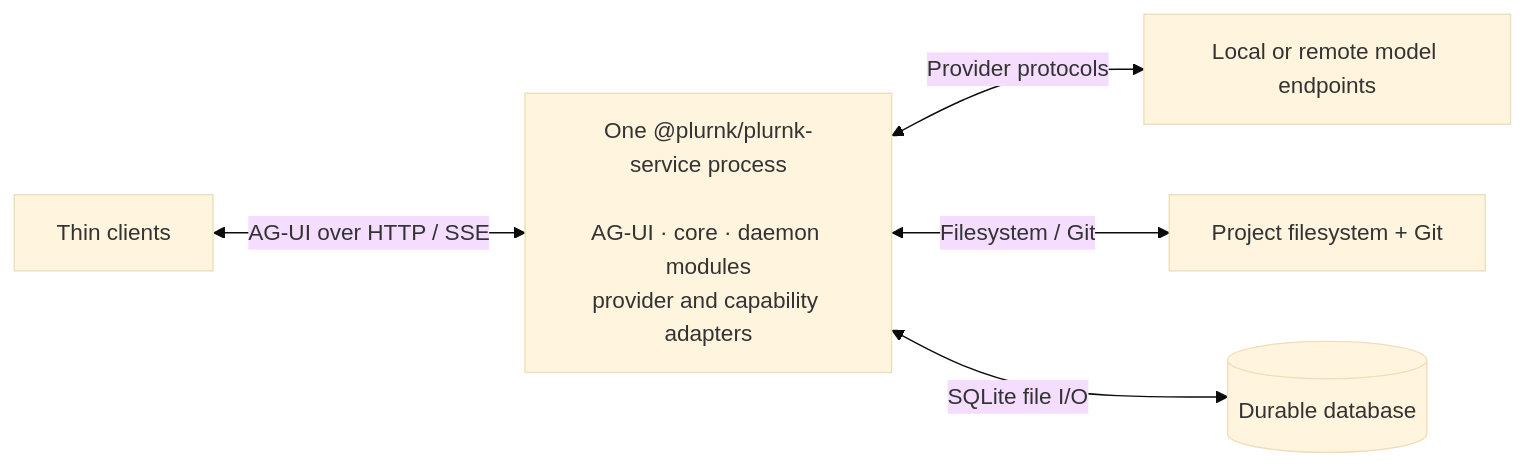
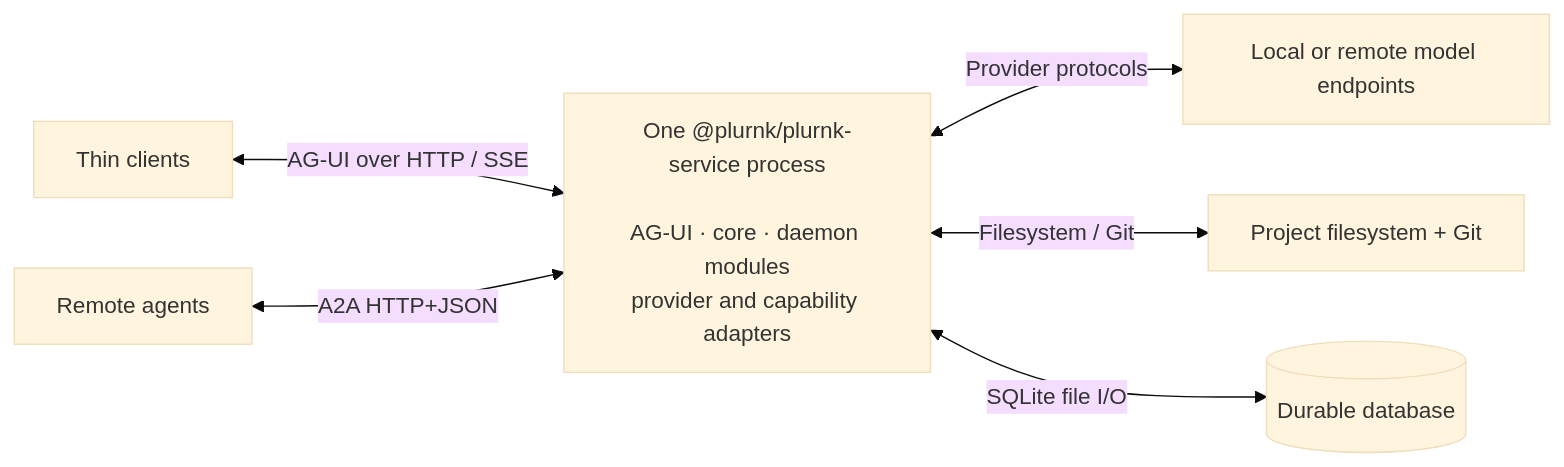
Before and after one commit to plurnk/plurnk-service: the third of 4 diagrams in ARCHITECTURE.md, drawn with Mermaid (base theme). The commit also changed other lines of this file and 1 other file, not shown here.

````diff
--- a/ARCHITECTURE.md
+++ b/ARCHITECTURE.md
@@ -78,7 +80,8 @@
 ```mermaid
 flowchart LR
     clients["Thin clients"] <-->|AG-UI over HTTP / SSE| daemon["One @plurnk/plurnk-service process<br/><br/>AG-UI · core · daemon modules<br/>provider and capability adapters"]
+    agents["Remote agents"] <-->|A2A HTTP+JSON| daemon
     daemon <-->|Provider protocols| endpoints["Local or remote model endpoints"]
     daemon <-->|Filesystem / Git| project["Project filesystem + Git"]
     daemon <-->|SQLite file I/O| database[(Durable database)]
 ```
````
